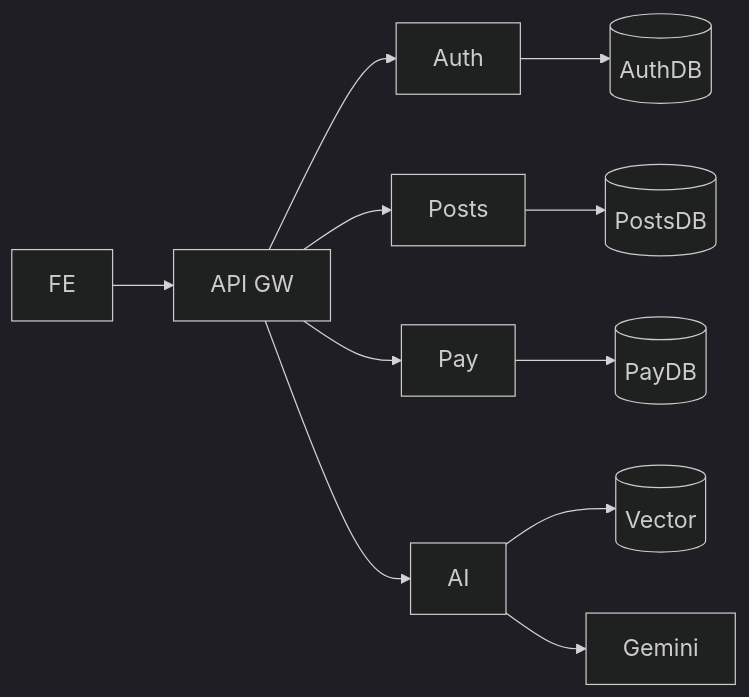
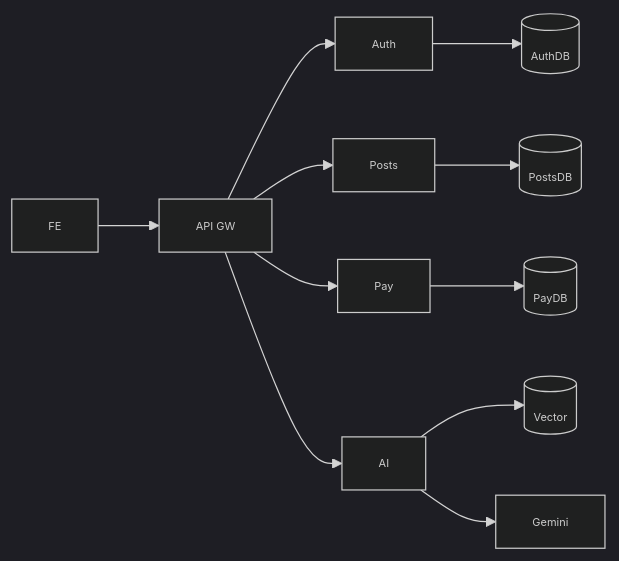
The first of 3 diagrams in README.md (Luff-Org/Luff-Boilerplate), drawn with Mermaid before and after one commit.

Commit message:
docs: reduce architecture diagram font to 9px

````diff
--- a/README.md
+++ b/README.md
@@ -26,14 +26,14 @@
 ```mermaid
-%%{init: {'theme':'dark','themeVariables':{'fontSize':'19px'}}}%%
+%%{init: {'theme':'dark','themeVariables':{'fontSize':'9px'}}}%%
 graph LR
   FE[FE] --> GW[API GW]
   GW --> A[Auth]
   GW --> P[Posts]
   GW --> Pay[Pay]
   GW --> AI[AI]
   A --> AD[(AuthDB)]
   P --> PD[(PostsDB)]
   Pay --> PaD[(PayDB)]
   AI --> V[(Vector)]
   AI --> G[Gemini]
 ```
````
